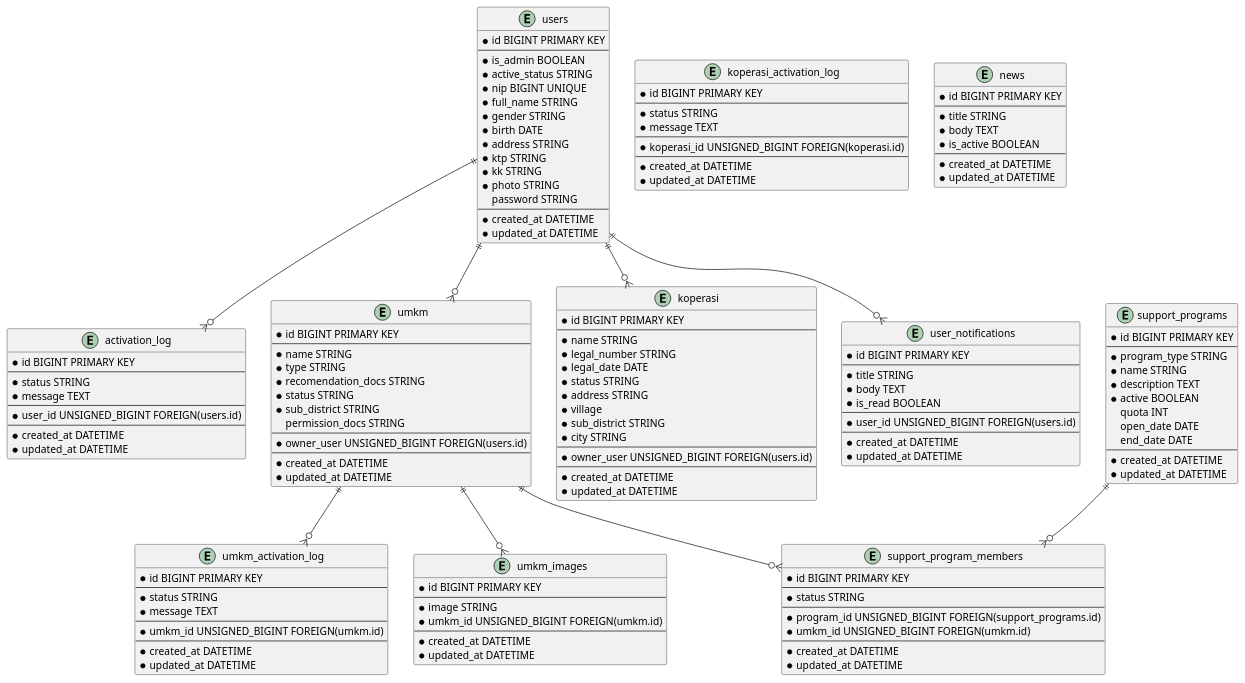
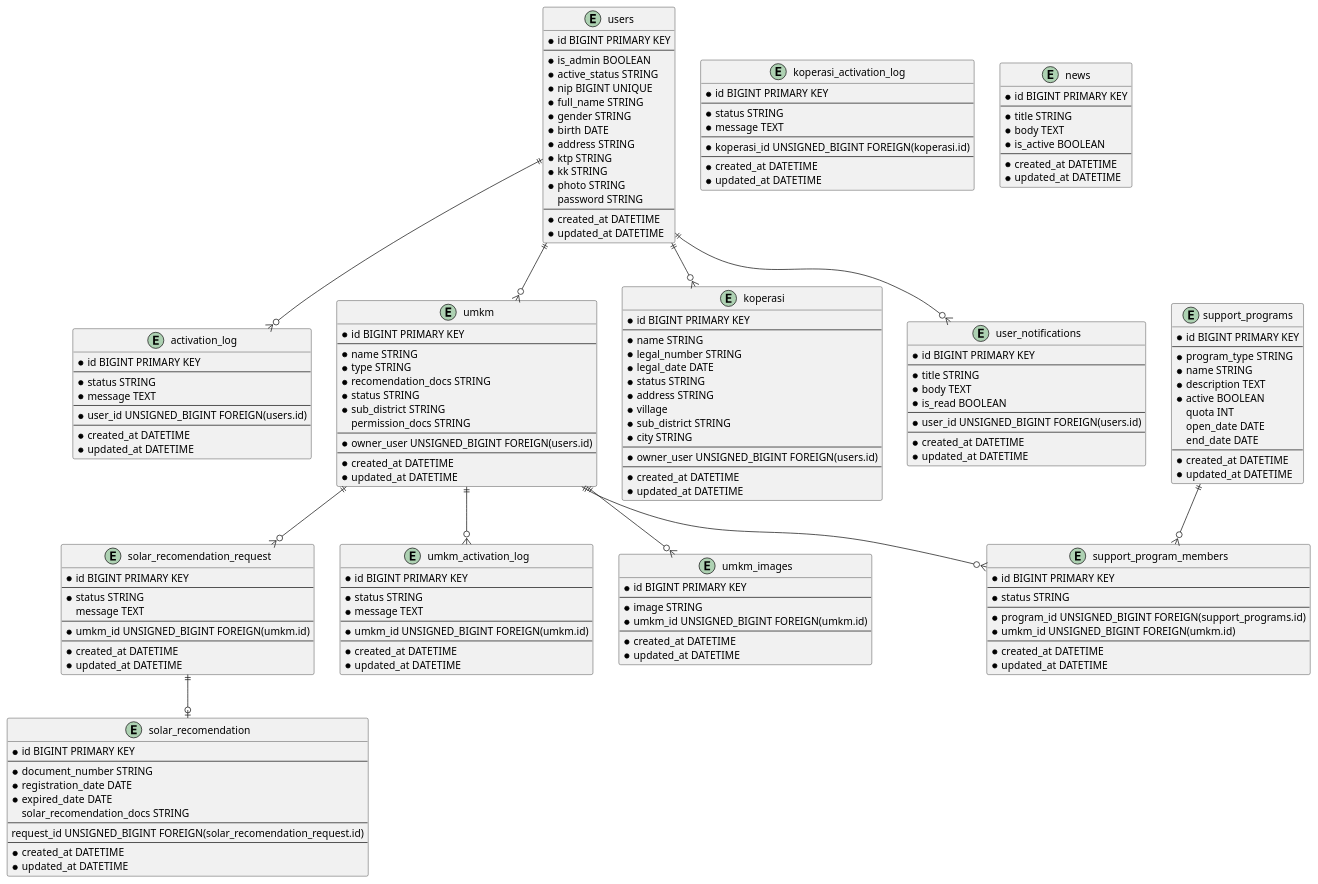
One commit to vithiaz/umkm_registration changed the diagram in diagrams/db_design.puml. Above: the diagram before and after it, drawn with PlantUML. The commit also changed 32 other files, not shown here.

Commit message:
creating feature request solar recomendation docs

```diff
--- a/diagrams/db_design.puml
+++ b/diagrams/db_design.puml
@@ -52,6 +52,36 @@
     permission_docs STRING
     --
     * owner_user UNSIGNED_BIGINT FOREIGN(users.id)
+    --
+    * created_at DATETIME
+    * updated_at DATETIME
+}
+
+entity solar_recomendation_request {
+    * id BIGINT PRIMARY KEY
+    --
+    * status STRING
+    ' pending
+    ' proceed
+    ' done
+    ' rejected
+    message TEXT
+    --
+    * umkm_id UNSIGNED_BIGINT FOREIGN(umkm.id)
+    --
+    * created_at DATETIME
+    * updated_at DATETIME
+}
+
+entity solar_recomendation {
+    * id BIGINT PRIMARY KEY
+    --
+    * document_number STRING
+    * registration_date DATE
+    * expired_date DATE
+    solar_recomendation_docs STRING
+    --
+    request_id UNSIGNED_BIGINT FOREIGN(solar_recomendation_request.id)
     --
     * created_at DATETIME
     * updated_at DATETIME
@@ -186,5 +216,7 @@
 
 umkm ||--o{ umkm_images
 umkm ||--o{ umkm_activation_log
+umkm ||--o{ solar_recomendation_request
+solar_recomendation_request ||--o| solar_recomendation
 
 @enduml
```
